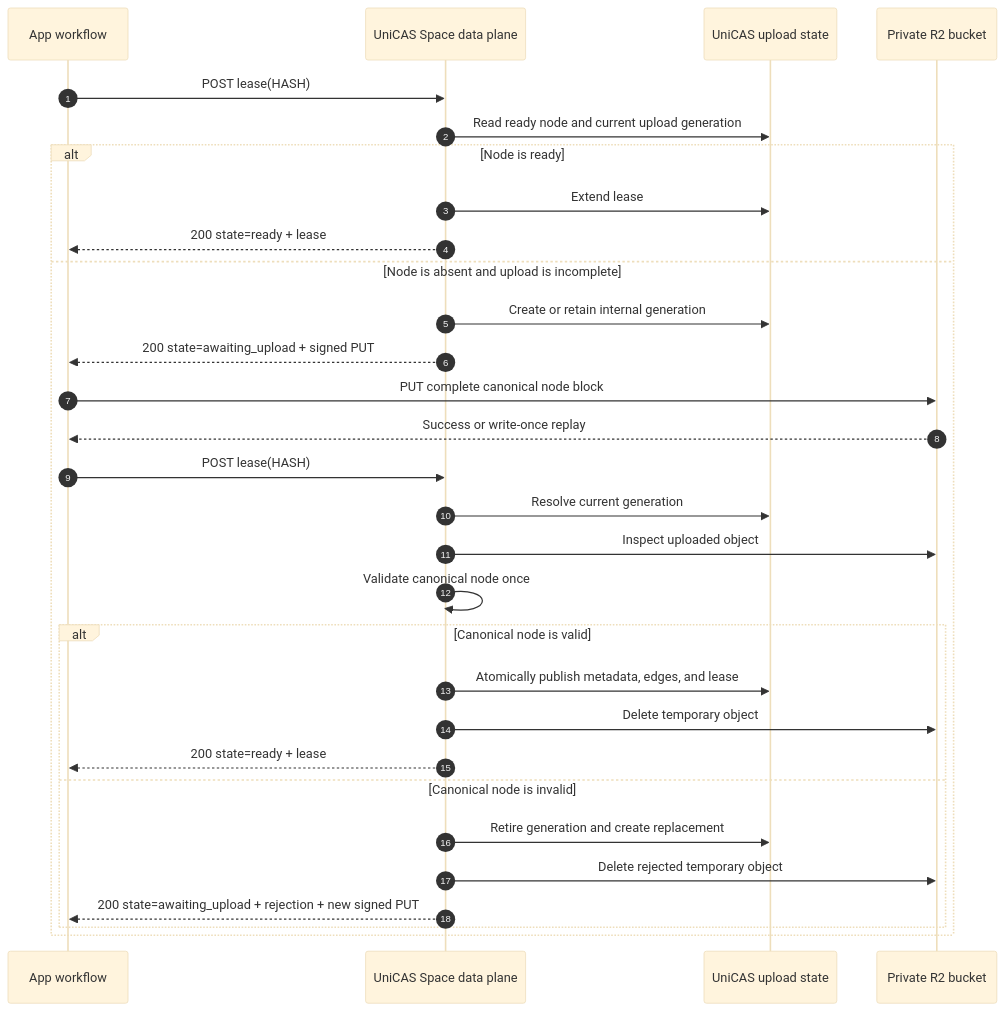
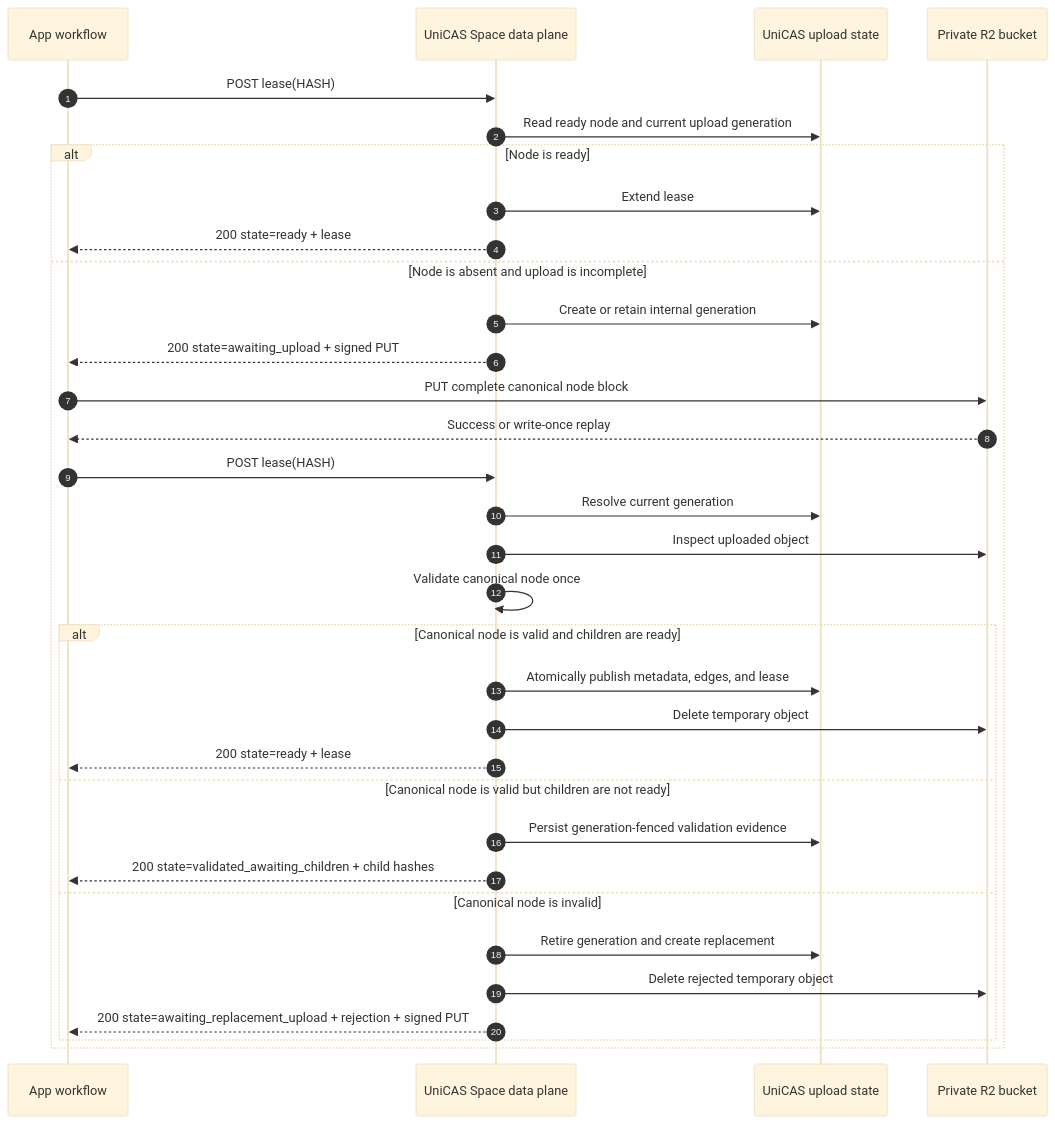
One commit to shazhou-ww/unicas changed the first of 2 diagrams in tasks/complete-direct-node-upload/LeaseUploadDesign.md. Above: the diagram before and after it, drawn with Mermaid (base theme). The commit also changed other lines of this file and 1 other file, not shown here.

````diff
--- a/tasks/complete-direct-node-upload/LeaseUploadDesign.md
+++ b/tasks/complete-direct-node-upload/LeaseUploadDesign.md
@@ -181,33 +200,36 @@
 ```mermaid
 sequenceDiagram
     autonumber
     participant App as App workflow
     participant CAS as UniCAS Space data plane
     participant State as UniCAS upload state
     participant R2 as Private R2 bucket
 
     App->>CAS: POST lease(HASH)
     CAS->>State: Read ready node and current upload generation
     alt Node is ready
         CAS->>State: Extend lease
         CAS-->>App: 200 state=ready + lease
     else Node is absent and upload is incomplete
         CAS->>State: Create or retain internal generation
         CAS-->>App: 200 state=awaiting_upload + signed PUT
         App->>R2: PUT complete canonical node block
         R2-->>App: Success or write-once replay
         App->>CAS: POST lease(HASH)
         CAS->>State: Resolve current generation
         CAS->>R2: Inspect uploaded object
         CAS->>CAS: Validate canonical node once
-        alt Canonical node is valid
+        alt Canonical node is valid and children are ready
             CAS->>State: Atomically publish metadata, edges, and lease
             CAS->>R2: Delete temporary object
             CAS-->>App: 200 state=ready + lease
+        else Canonical node is valid but children are not ready
+          CAS->>State: Persist generation-fenced validation evidence
+          CAS-->>App: 200 state=validated_awaiting_children + child hashes
         else Canonical node is invalid
             CAS->>State: Retire generation and create replacement
             CAS->>R2: Delete rejected temporary object
-            CAS-->>App: 200 state=awaiting_upload + rejection + new signed PUT
+            CAS-->>App: 200 state=awaiting_replacement_upload + rejection + signed PUT
         end
     end
 ```
````
